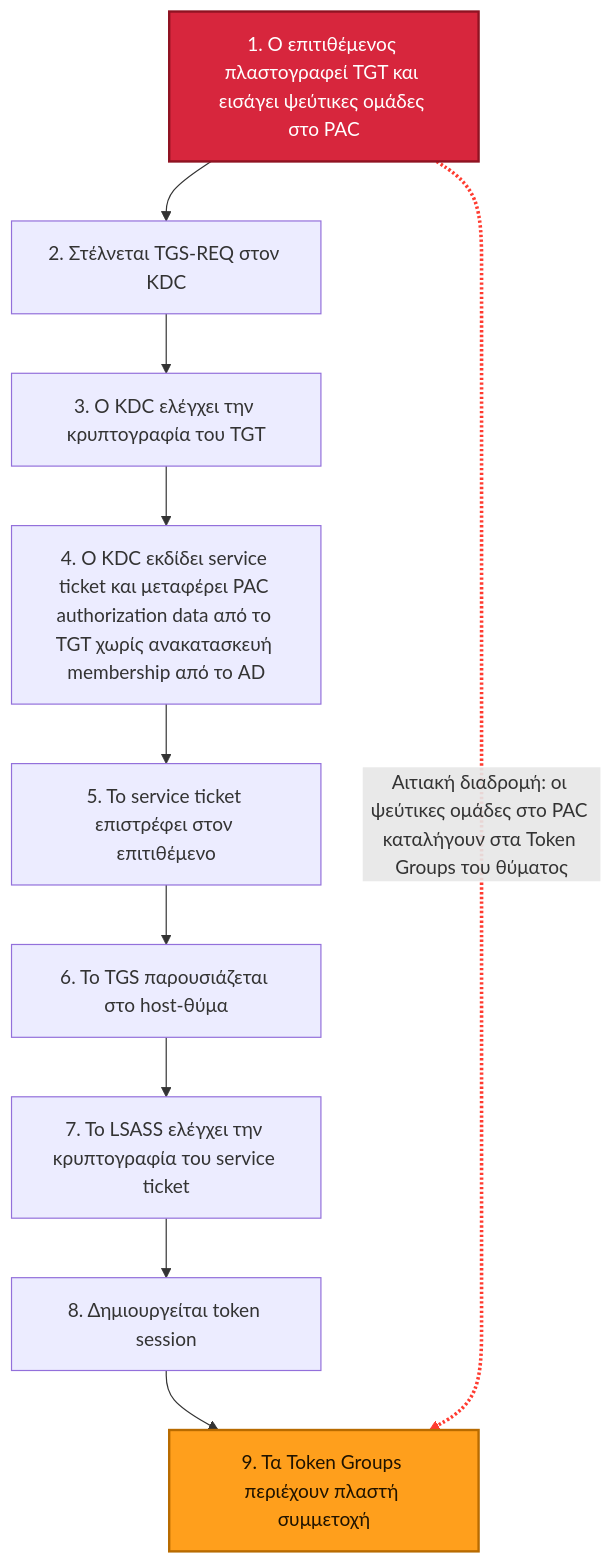
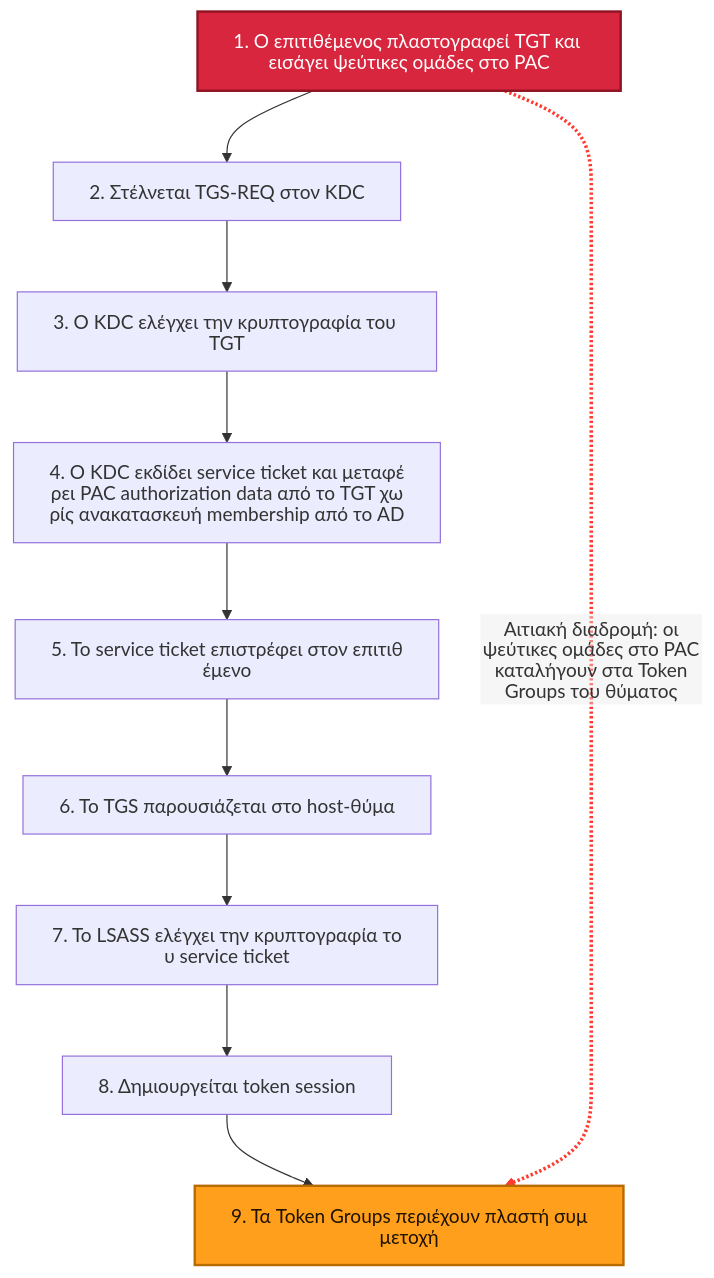
One commit to gam4er/FindGT changed the first of 2 diagrams in README.el.md. Above: the diagram before and after it, drawn with Mermaid. The commit also changed other lines of this file and 4 other files, not shown here.

````diff
--- a/README.el.md
+++ b/README.el.md
@@ -37,19 +37,35 @@
 ```mermaid
+---
+config:
+  htmlLabels: false
+  markdownAutoWrap: true
+  flowchart:
+    useMaxWidth: false
+    wrappingWidth: 300
+    nodeSpacing: 50
+    rankSpacing: 60
+---
 flowchart TD
-  A[1. Ο επιτιθέμενος πλαστογραφεί TGT και εισάγει ψεύτικες ομάδες στο PAC] --> B[2. Στέλνεται TGS-REQ στον KDC]
-  B --> C[3. Ο KDC ελέγχει την κρυπτογραφία του TGT]
-  C --> D[4. Ο KDC εκδίδει service ticket και μεταφέρει PAC authorization data από το TGT χωρίς ανακατασκευή membership από το AD]
-  D --> E[5. Το service ticket επιστρέφει στον επιτιθέμενο]
-  E --> F[6. Το TGS παρουσιάζεται στο host-θύμα]
-  F --> G[7. Το LSASS ελέγχει την κρυπτογραφία του service ticket]
-  G --> H[8. Δημιουργείται token session]
-  H --> I[9. Τα Token Groups περιέχουν πλαστή συμμετοχή]
+  A["`1. Ο επιτιθέμενος πλαστογραφεί TGT και εισάγει ψεύτικες ομάδες στο PAC`"]
+    --> B["`2. Στέλνεται TGS-REQ στον KDC`"]
 
-  A -. Αιτιακή διαδρομή: οι ψεύτικες ομάδες στο PAC καταλήγουν στα Token Groups του θύματος .-> I
+  B --> C["`3. Ο KDC ελέγχει την κρυπτογραφία του TGT`"]
+
+  C --> D["`4. Ο KDC εκδίδει service ticket και μεταφέρει PAC authorization data από το TGT χωρίς ανακατασκευή membership από το AD`"]
+
+  D --> E["`5. Το service ticket επιστρέφει στον επιτιθέμενο`"]
+  E --> F["`6. Το TGS παρουσιάζεται στο host-θύμα`"]
+  F --> G["`7. Το LSASS ελέγχει την κρυπτογραφία του service ticket`"]
+  G --> H["`8. Δημιουργείται token session`"]
+  H --> I["`9. Τα Token Groups περιέχουν πλαστή συμμετοχή`"]
+
+  A -. "`Αιτιακή διαδρομή: οι ψεύτικες ομάδες στο PAC καταλήγουν στα Token Groups του θύματος`" .-> I
 
   classDef startNode fill:#d7263d,stroke:#8f1322,color:#ffffff,stroke-width:2px;
   classDef endNode fill:#ff9f1c,stroke:#b86b00,color:#1f1300,stroke-width:2px;
+
   class A startNode;
   class I endNode;
+
   linkStyle 8 stroke:#ff3b30,stroke-width:3px;
 ```
````
